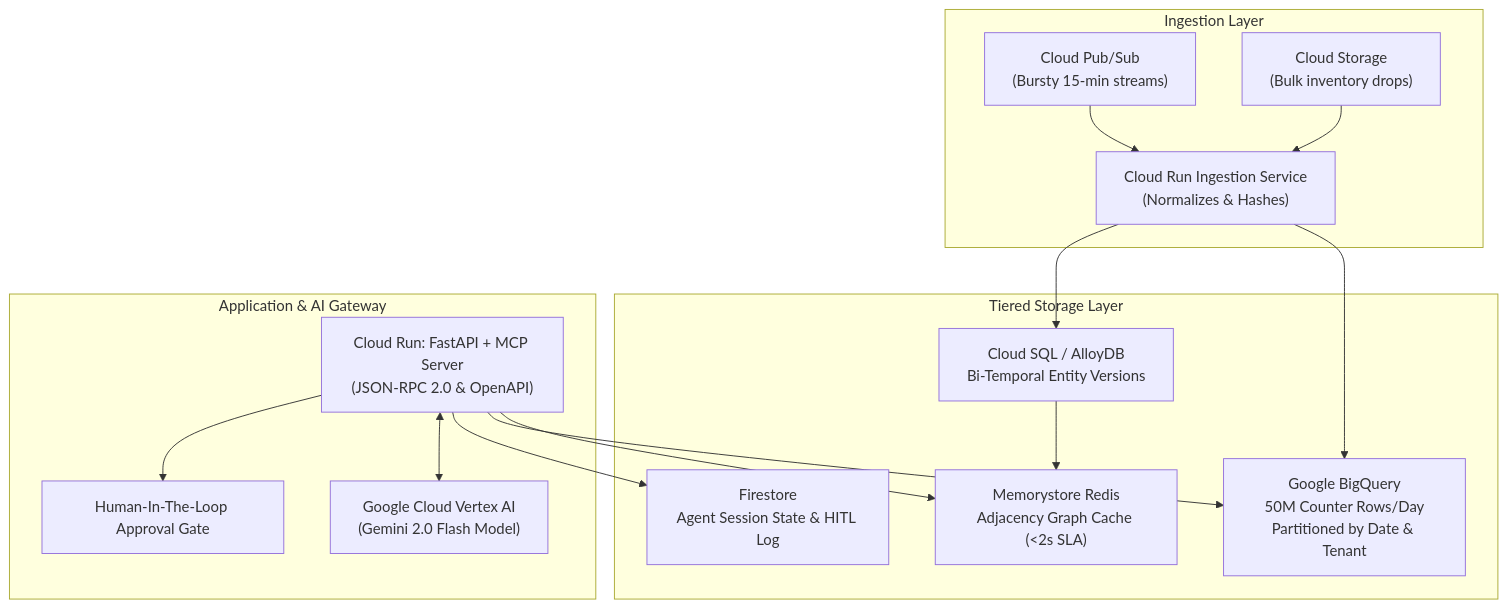
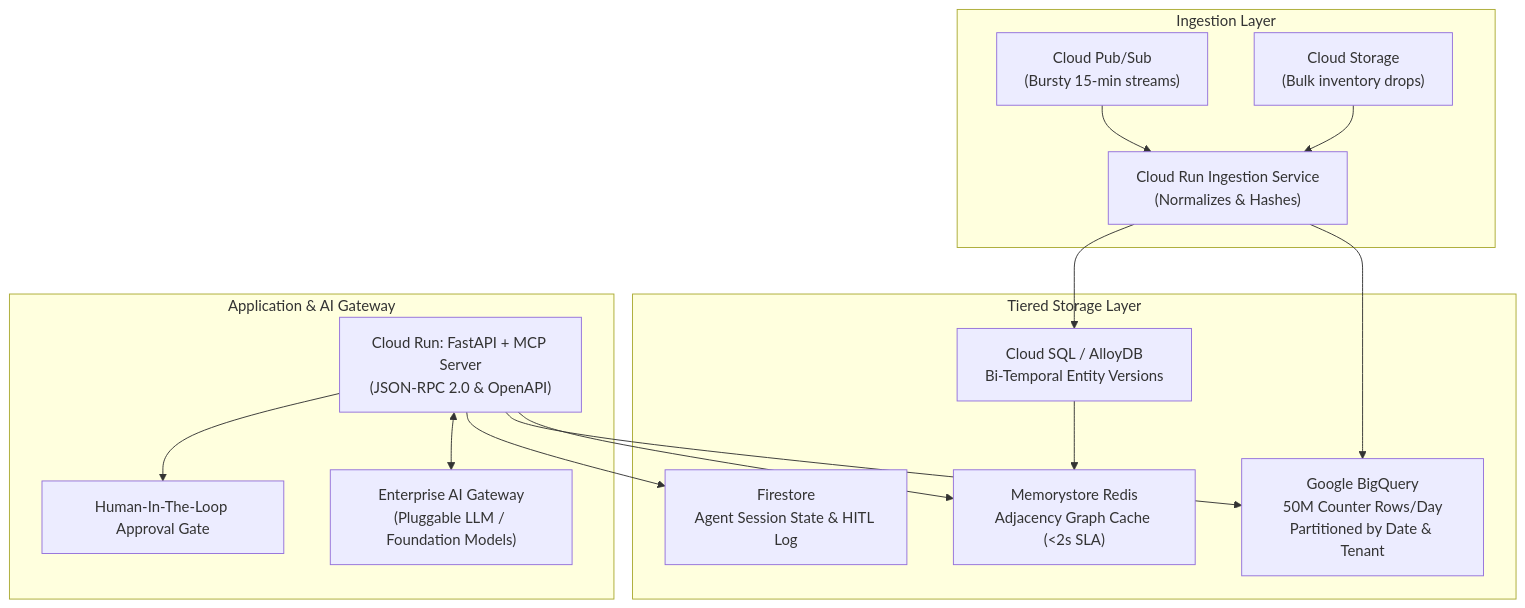
Before and after one commit to Thanveerahamed-14/nw_intelligence: the second of 2 diagrams in docs/06_EXECUTIVE_SLIDES.md, drawn with Mermaid. The commit also changed other lines of this file and 24 other files, not shown here.

````diff
--- a/docs/06_EXECUTIVE_SLIDES.md
+++ b/docs/06_EXECUTIVE_SLIDES.md
@@ -32,33 +32,33 @@
 ```mermaid
 flowchart TD
     subgraph Ingestion["Ingestion Layer"]
         PS["Cloud Pub/Sub<br/>(Bursty 15-min streams)"]
         GCS["Cloud Storage<br/>(Bulk inventory drops)"]
         CR_Worker["Cloud Run Ingestion Service<br/>(Normalizes & Hashes)"]
     end
 
     subgraph Storage["Tiered Storage Layer"]
         BQ["Google BigQuery<br/>50M Counter Rows/Day<br/>Partitioned by Date & Tenant"]
         CSQL["Cloud SQL / AlloyDB<br/>Bi-Temporal Entity Versions"]
         Redis["Memorystore Redis<br/>Adjacency Graph Cache (<2s SLA)"]
         FS["Firestore<br/>Agent Session State & HITL Log"]
     end
 
     subgraph Platform["Application & AI Gateway"]
         CR_App["Cloud Run: FastAPI + MCP Server<br/>(JSON-RPC 2.0 & OpenAPI)"]
-        Vertex["Google Cloud Vertex AI<br/>(Gemini 2.0 Flash Model)"]
+        AIGateway["Enterprise AI Gateway<br/>(Pluggable LLM / Foundation Models)"]
         HITL_Gate["Human-In-The-Loop Approval Gate"]
     end
 
     PS --> CR_Worker
     GCS --> CR_Worker
     CR_Worker --> BQ
     CR_Worker --> CSQL
     CSQL --> Redis
     
     CR_App --> Redis
     CR_App --> BQ
     CR_App --> FS
-    CR_App <--> Vertex
+    CR_App <--> AIGateway
     CR_App --> HITL_Gate
 ```
````
